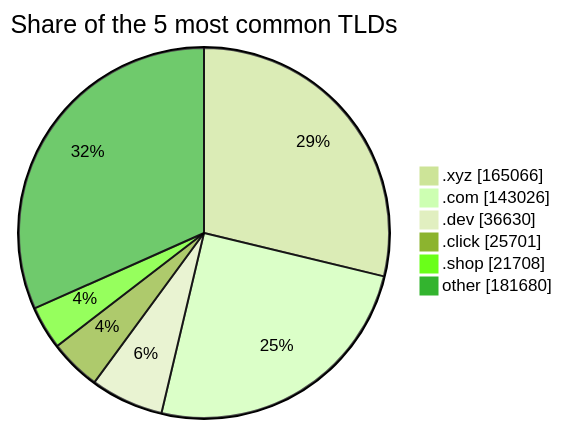
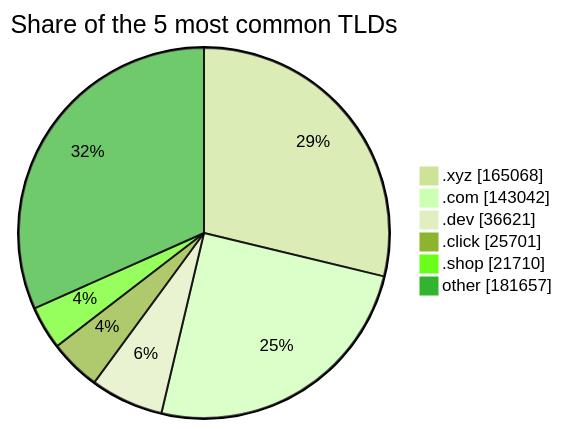
One commit to DNSBunker/CTI changed the third of 3 diagrams in README.md. Above: the diagram before and after it, drawn with Mermaid (forest theme). The commit also changed other lines of this file and 3 other files, not shown here.

````diff
--- a/README.md
+++ b/README.md
@@ -81,9 +81,9 @@
 ```mermaid
 pie showData title Share of the 5 most common TLDs
-    ".xyz" : 165066
-    ".com" : 143026
-    ".dev" : 36630
+    ".xyz" : 165068
+    ".com" : 143042
+    ".dev" : 36621
     ".click" : 25701
-    ".shop" : 21708
-    "other" : 181680
+    ".shop" : 21710
+    "other" : 181657
 ```
````
